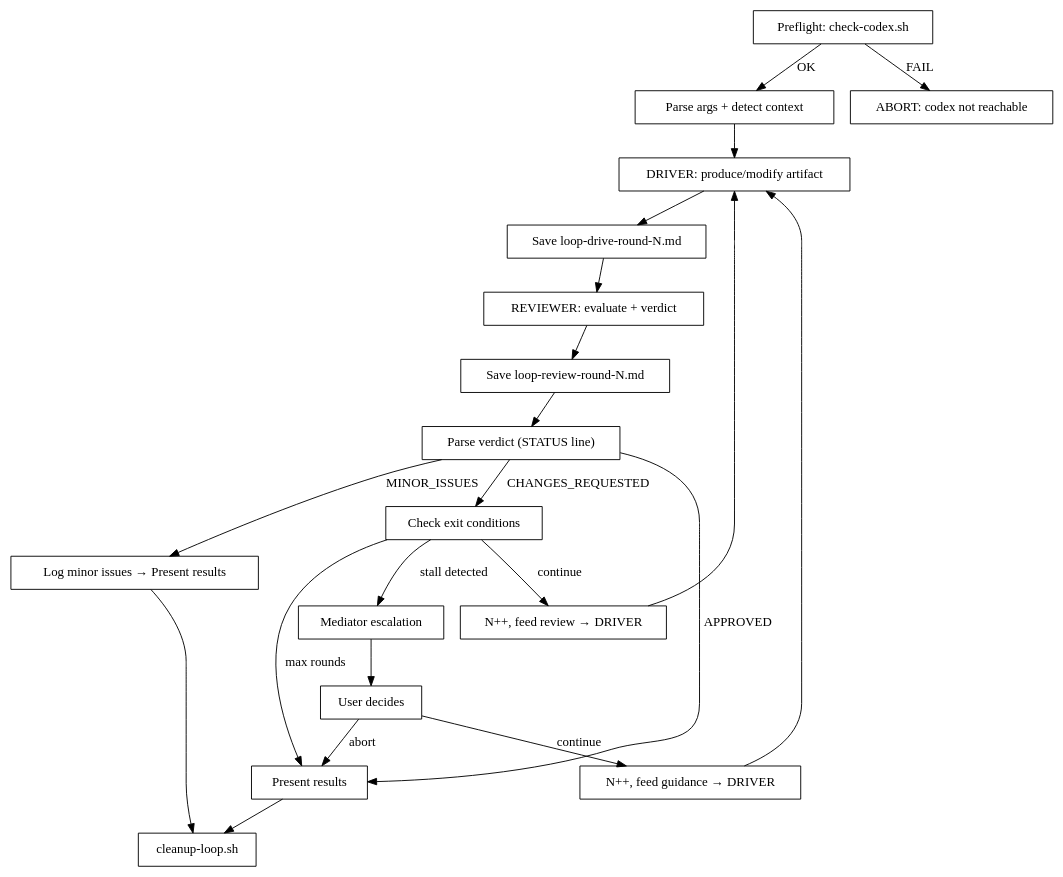
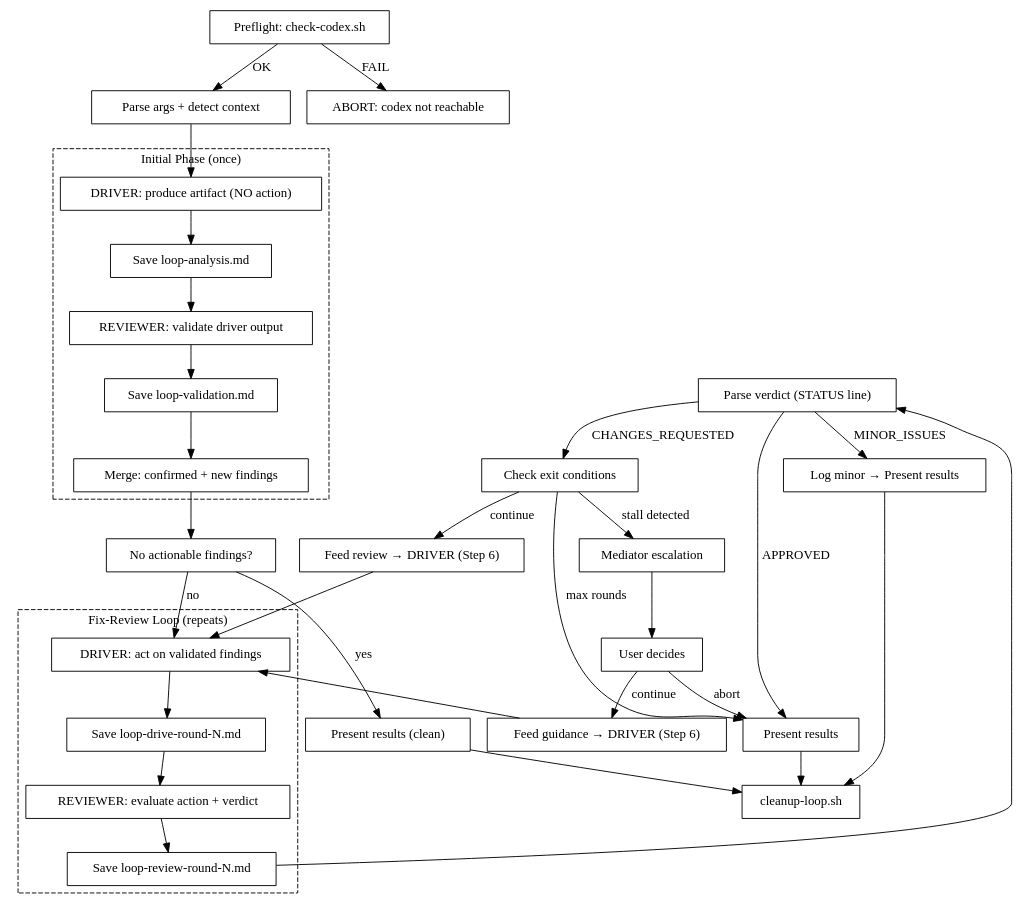
The diagram in plugins/collaborative-loop/skills/collaborative-loop/SKILL.md (DmitriyYukhanov/claude-plugins), drawn with Graphviz before and after one commit. The commit also changed other lines of this file and 7 other files, not shown here.

First line of the commit message:
Add produce-validate-act cycles to collaborative-loop (v1.2.0)

````diff
--- a/plugins/collaborative-loop/skills/collaborative-loop/SKILL.md
+++ b/plugins/collaborative-loop/skills/collaborative-loop/SKILL.md
@@ -46,31 +51,51 @@
 ```dot
 digraph collaborative_loop {
     rankdir=TB;
     node [shape=box];
 
     "Preflight: check-codex.sh" -> "Parse args + detect context" [label="OK"];
     "Preflight: check-codex.sh" -> "ABORT: codex not reachable" [label="FAIL"];
-    "Parse args + detect context" -> "DRIVER: produce/modify artifact";
-    "DRIVER: produce/modify artifact" -> "Save loop-drive-round-N.md";
-    "Save loop-drive-round-N.md" -> "REVIEWER: evaluate + verdict";
-    "REVIEWER: evaluate + verdict" -> "Save loop-review-round-N.md";
+
+    "Parse args + detect context" -> "DRIVER: produce artifact (NO action)";
+
+    subgraph cluster_initial {
+        label="Initial Phase (once)";
+        style=dashed;
+        "DRIVER: produce artifact (NO action)" -> "Save loop-analysis.md";
+        "Save loop-analysis.md" -> "REVIEWER: validate driver output";
+        "REVIEWER: validate driver output" -> "Save loop-validation.md";
+        "Save loop-validation.md" -> "Merge: confirmed + new findings";
+    }
+
+    "Merge: confirmed + new findings" -> "No actionable findings?" [label=""];
+    "No actionable findings?" -> "Present results (clean)" [label="yes"];
+    "No actionable findings?" -> "DRIVER: act on validated findings" [label="no"];
+
+    subgraph cluster_fix_loop {
+        label="Fix-Review Loop (repeats)";
+        style=dashed;
+        "DRIVER: act on validated findings" -> "Save loop-drive-round-N.md";
+        "Save loop-drive-round-N.md" -> "REVIEWER: evaluate action + verdict";
+        "REVIEWER: evaluate action + verdict" -> "Save loop-review-round-N.md";
+    }
+
     "Save loop-review-round-N.md" -> "Parse verdict (STATUS line)";
-
     "Parse verdict (STATUS line)" -> "Present results" [label="APPROVED"];
-    "Parse verdict (STATUS line)" -> "Log minor issues → Present results" [label="MINOR_ISSUES"];
+    "Parse verdict (STATUS line)" -> "Log minor → Present results" [label="MINOR_ISSUES"];
     "Parse verdict (STATUS line)" -> "Check exit conditions" [label="CHANGES_REQUESTED"];
 
     "Check exit conditions" -> "Mediator escalation" [label="stall detected"];
     "Check exit conditions" -> "Present results" [label="max rounds"];
-    "Check exit conditions" -> "N++, feed review → DRIVER" [label="continue"];
+    "Check exit conditions" -> "Feed review → DRIVER (Step 6)" [label="continue"];
 
-    "N++, feed review → DRIVER" -> "DRIVER: produce/modify artifact";
+    "Feed review → DRIVER (Step 6)" -> "DRIVER: act on validated findings";
     "Mediator escalation" -> "User decides";
-    "User decides" -> "N++, feed guidance → DRIVER" [label="continue"];
+    "User decides" -> "Feed guidance → DRIVER (Step 6)" [label="continue"];
     "User decides" -> "Present results" [label="abort"];
-    "N++, feed guidance → DRIVER" -> "DRIVER: produce/modify artifact";
+    "Feed guidance → DRIVER (Step 6)" -> "DRIVER: act on validated findings";
 
-    "Log minor issues → Present results" -> "cleanup-loop.sh";
+    "Present results (clean)" -> "cleanup-loop.sh";
+    "Log minor → Present results" -> "cleanup-loop.sh";
     "Present results" -> "cleanup-loop.sh";
 }
 ```
````
